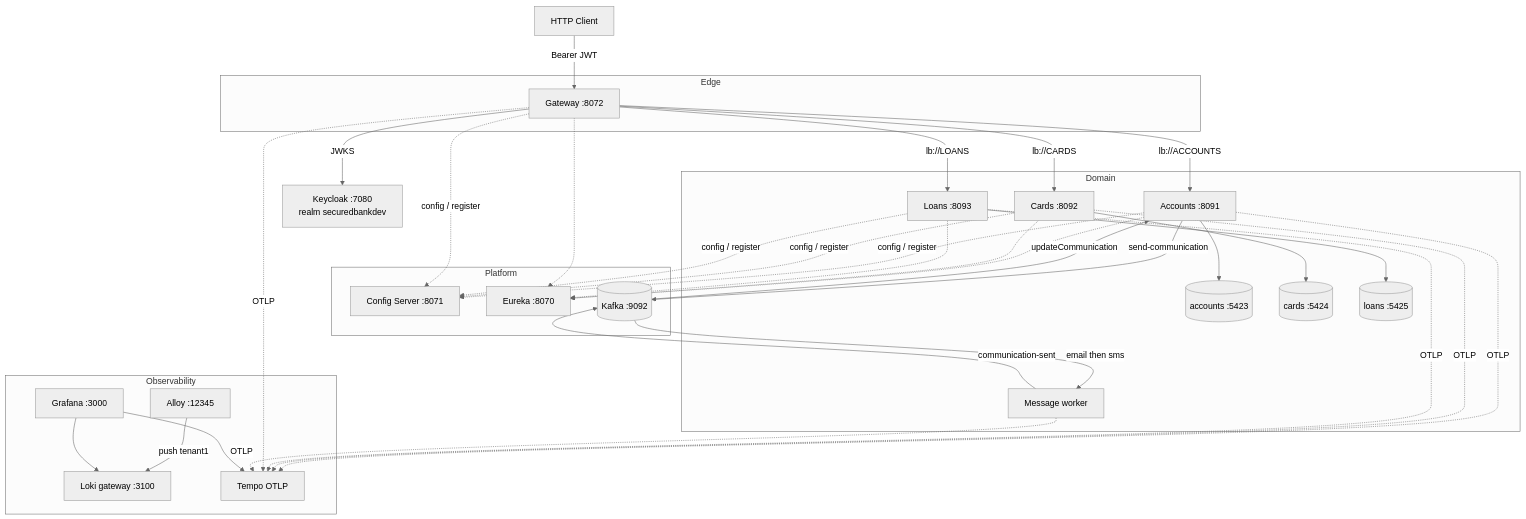
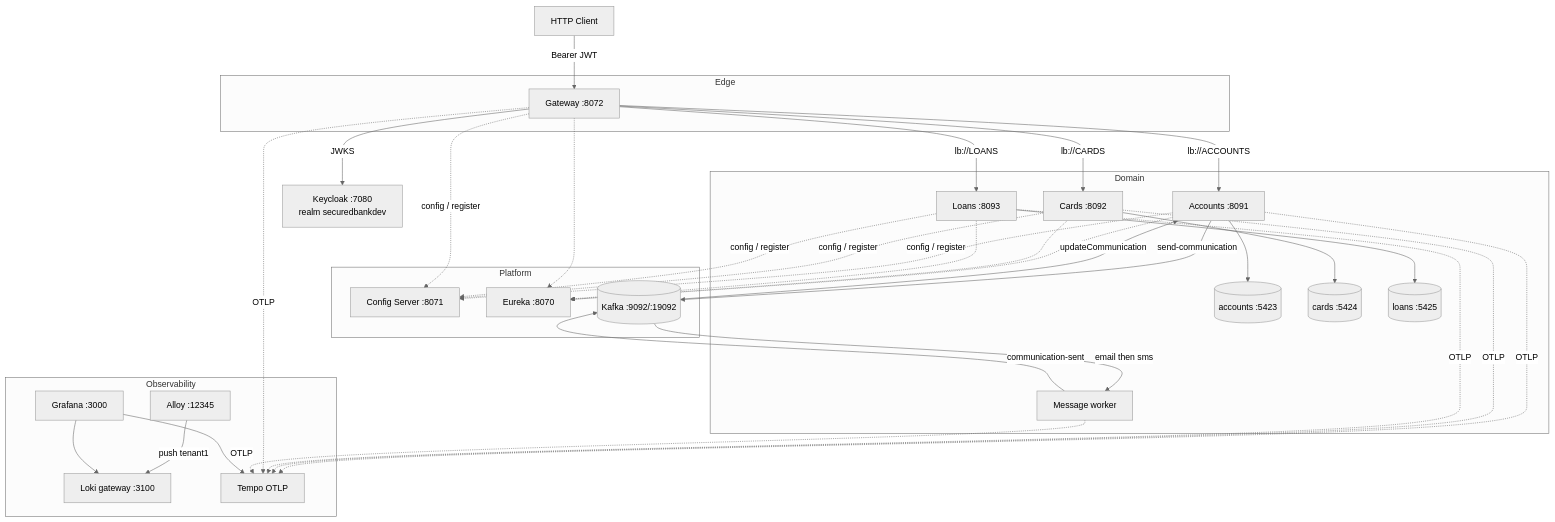
Before and after one commit to cham207388/master-ms-sb: the first of 2 diagrams in README.md, drawn with Mermaid (neutral theme). The commit also changed other lines of this file and 7 other files, not shown here.

````diff
--- a/README.md
+++ b/README.md
@@ -28,55 +28,55 @@
 ```mermaid
 flowchart TB
   Client[HTTP Client]
   KC[Keycloak :7080<br/>realm securedbankdev]
 
   subgraph edge [Edge]
     GW[Gateway :8072]
   end
 
   subgraph platform [Platform]
     CFG[Config Server :8071]
     EU[Eureka :8070]
-    RMQ[(Kafka :9092)]
+    KFK[(Kafka :9092/:19092)]
   end
 
   subgraph domain [Domain]
     ACC[Accounts :8091]
     CRD[Cards :8092]
     LON[Loans :8093]
     MSG[Message worker]
     ACCDB[(accounts :5423)]
     CRDDB[(cards :5424)]
     LONDB[(loans :5425)]
   end
 
   subgraph telemetry [Observability]
     Alloy[Alloy :12345]
     LokiGW[Loki gateway :3100]
     Tempo[Tempo OTLP]
     Grafana[Grafana :3000]
   end
 
   Client -->|Bearer JWT| GW
   GW -->|JWKS| KC
   GW -->|lb://ACCOUNTS| ACC
   GW -->|lb://CARDS| CRD
   GW -->|lb://LOANS| LON
 
   ACC --> ACCDB
   CRD --> CRDDB
   LON --> LONDB
 
   ACC & CRD & LON & GW -.->|config / register| CFG
   ACC & CRD & LON & GW -.-> EU
 
-  ACC -->|send-communication| RMQ
-  RMQ -->|email then sms| MSG
-  MSG -->|communication-sent| RMQ
-  RMQ -->|updateCommunication| ACC
+  ACC -->|send-communication| KFK
+  KFK -->|email then sms| MSG
+  MSG -->|communication-sent| KFK
+  KFK -->|updateCommunication| ACC
 
   Alloy -->|push tenant1| LokiGW
   ACC & CRD & LON & GW & MSG -.->|OTLP| Tempo
   Grafana --> LokiGW
   Grafana --> Tempo
 ```
````
